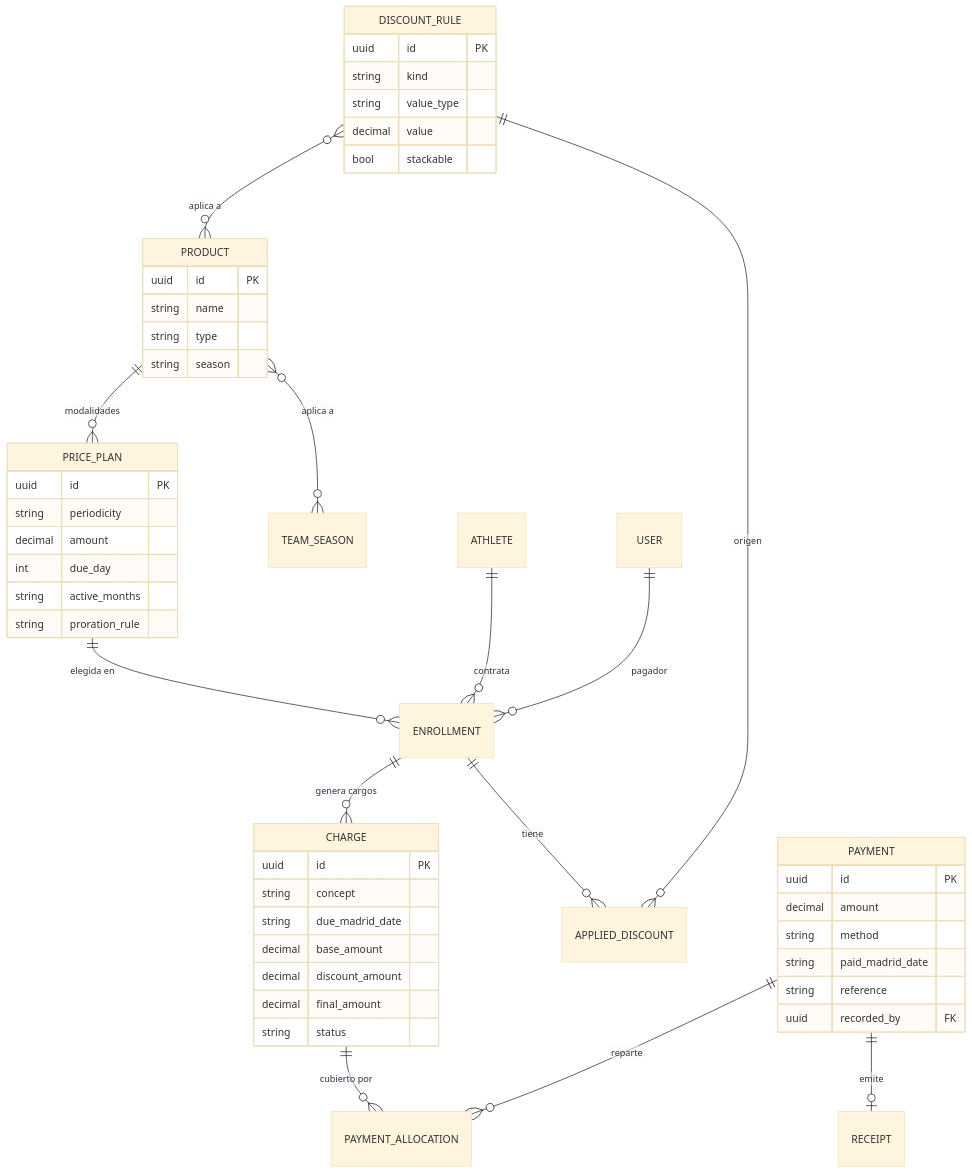
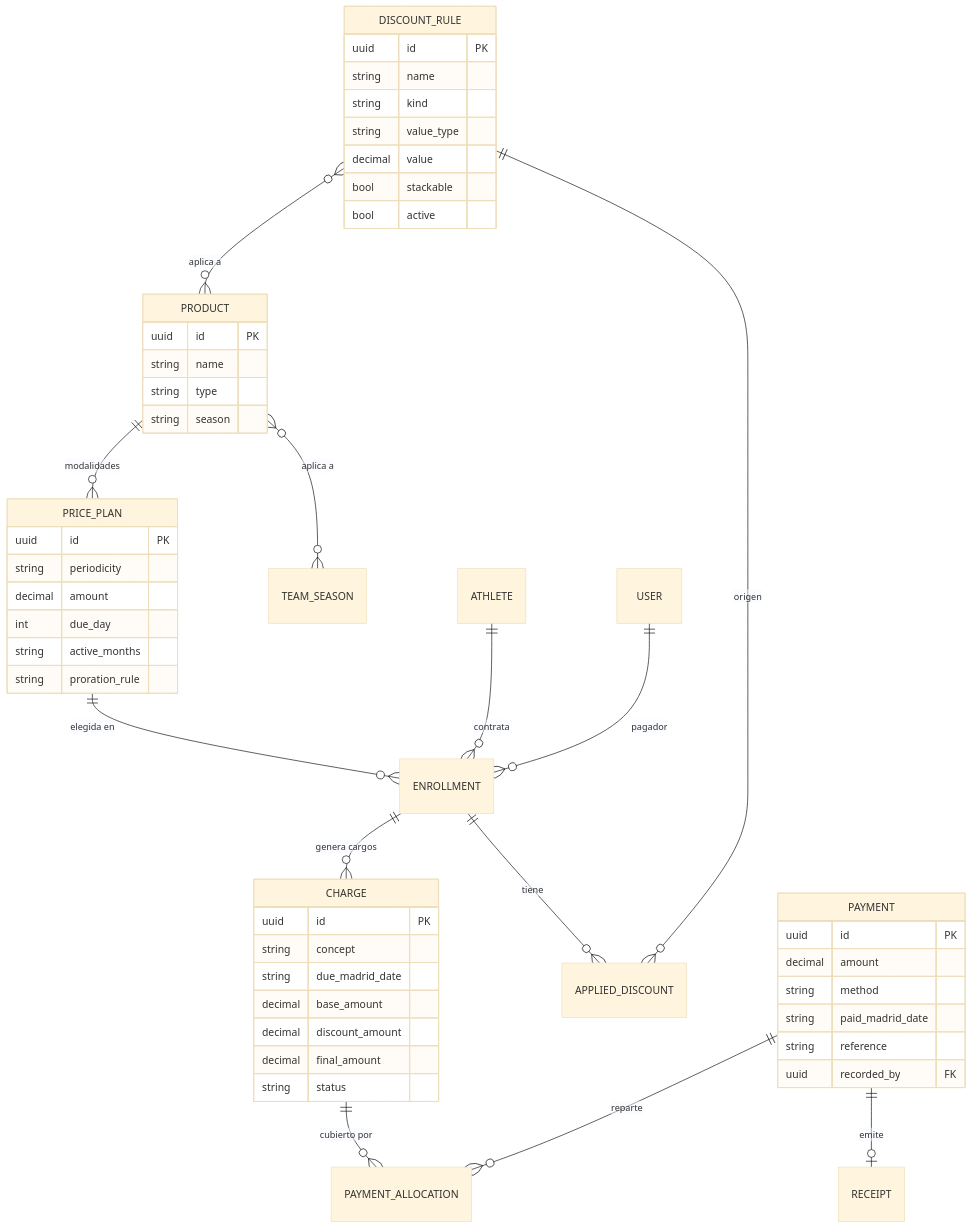
Before and after one commit to Caxoneto/voleibol-sanpedro: the fourth of 6 diagrams in docs/plan-intranet-club.md, drawn with Mermaid (base theme). The commit also changed other lines of this file, not shown here.

````diff
--- a/docs/plan-intranet-club.md
+++ b/docs/plan-intranet-club.md
@@ -302,54 +278,56 @@
 ```mermaid
 erDiagram
   PRODUCT ||--o{ PRICE_PLAN : "modalidades"
   PRODUCT }o--o{ TEAM_SEASON : "aplica a"
   DISCOUNT_RULE }o--o{ PRODUCT : "aplica a"
   ATHLETE ||--o{ ENROLLMENT : contrata
   PRICE_PLAN ||--o{ ENROLLMENT : "elegida en"
   USER ||--o{ ENROLLMENT : "pagador"
   ENROLLMENT ||--o{ CHARGE : "genera cargos"
   ENROLLMENT ||--o{ APPLIED_DISCOUNT : tiene
   DISCOUNT_RULE ||--o{ APPLIED_DISCOUNT : origen
   PAYMENT ||--o{ PAYMENT_ALLOCATION : reparte
   CHARGE ||--o{ PAYMENT_ALLOCATION : "cubierto por"
   PAYMENT ||--o| RECEIPT : emite
 
   PRODUCT {
     uuid id PK
     string name
     string type
     string season
   }
   PRICE_PLAN {
     uuid id PK
     string periodicity
     decimal amount
     int due_day
     string active_months
     string proration_rule
   }
   DISCOUNT_RULE {
     uuid id PK
+    string name
     string kind
     string value_type
     decimal value
     bool stackable
+    bool active
   }
   CHARGE {
     uuid id PK
     string concept
     string due_madrid_date
     decimal base_amount
     decimal discount_amount
     decimal final_amount
     string status
   }
   PAYMENT {
     uuid id PK
     decimal amount
     string method
     string paid_madrid_date
     string reference
     uuid recorded_by FK
   }
 ```
````
